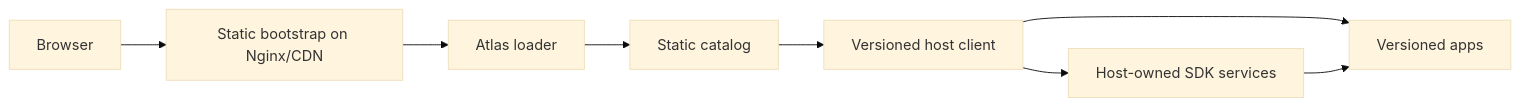
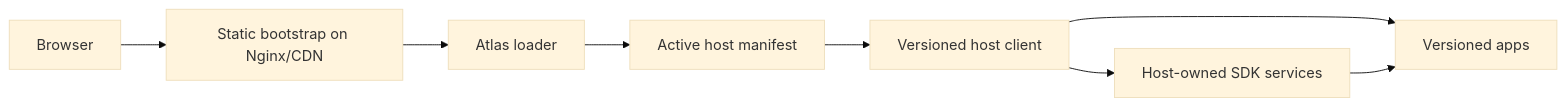
Before and after one commit to bendaj11/atlas: the diagram in README.md, drawn with Mermaid (base theme). The commit also changed other lines of this file and 413 other files, not shown here.

````diff
--- a/README.md
+++ b/README.md
@@ -37,10 +35,10 @@
 ```mermaid
 flowchart LR
   Browser["Browser"] --> Bootstrap["Static bootstrap on Nginx/CDN"]
   Bootstrap --> Loader["Atlas loader"]
-  Loader --> Catalog["Static catalog"]
-  Catalog --> Host["Versioned host client"]
+  Loader --> Deployment["Active host manifest"]
+  Deployment --> Host["Versioned host client"]
   Host --> Apps["Versioned apps"]
   Host --> SDK["Host-owned SDK services"]
   SDK --> Apps
 ```
````
